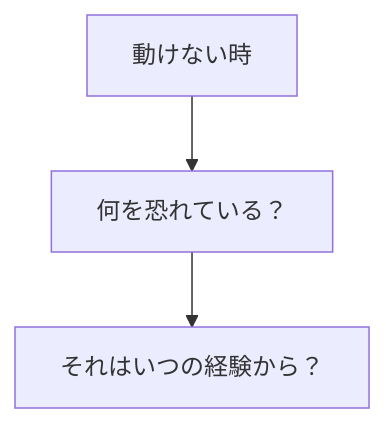
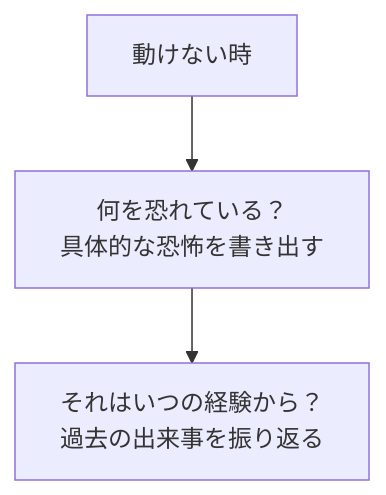
The third of 5 diagrams in content/blog/295-mental-blocks-trauma-healing.md (tndg16-bot/portfolio-site), drawn with Mermaid before and after one commit. The commit also changed other lines of this file and 19 other files, not shown here.

````diff
--- a/content/blog/295-mental-blocks-trauma-healing.md
+++ b/content/blog/295-mental-blocks-trauma-healing.md
@@ -61,5 +56,5 @@
 ```mermaid
 graph TD
-    A[動けない時] --> B[何を恐れている？]
-    B --> C[それはいつの経験から？]
+    A[動けない時] --> B[何を恐れている？<br/>具体的な恐怖を書き出す]
+    B --> C[それはいつの経験から？<br/>過去の出来事を振り返る]
 ```
````
